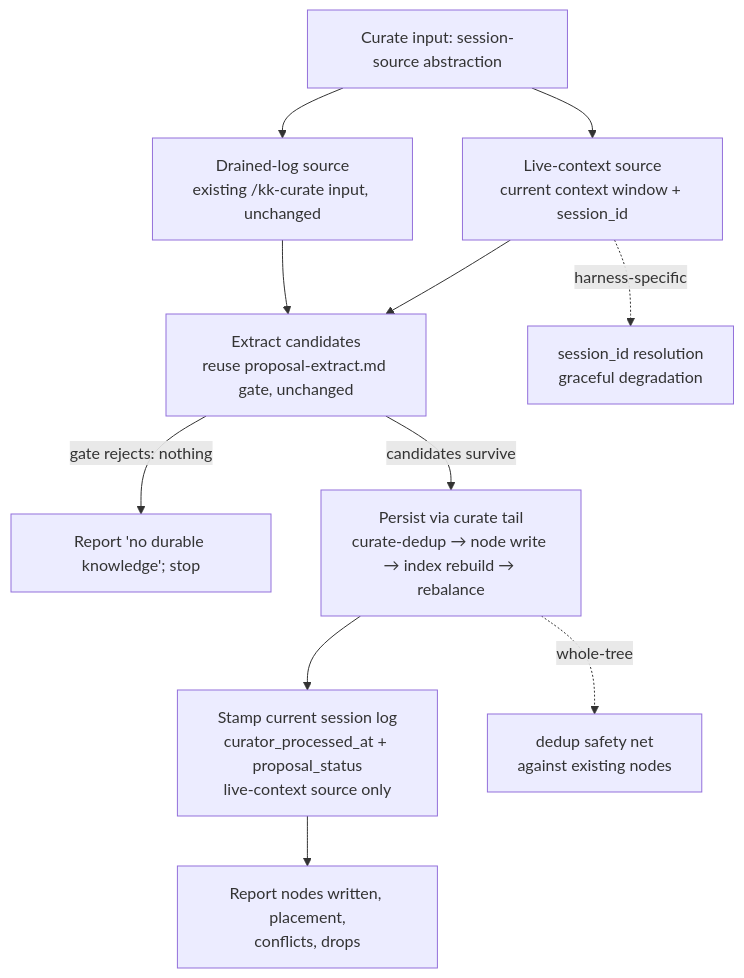
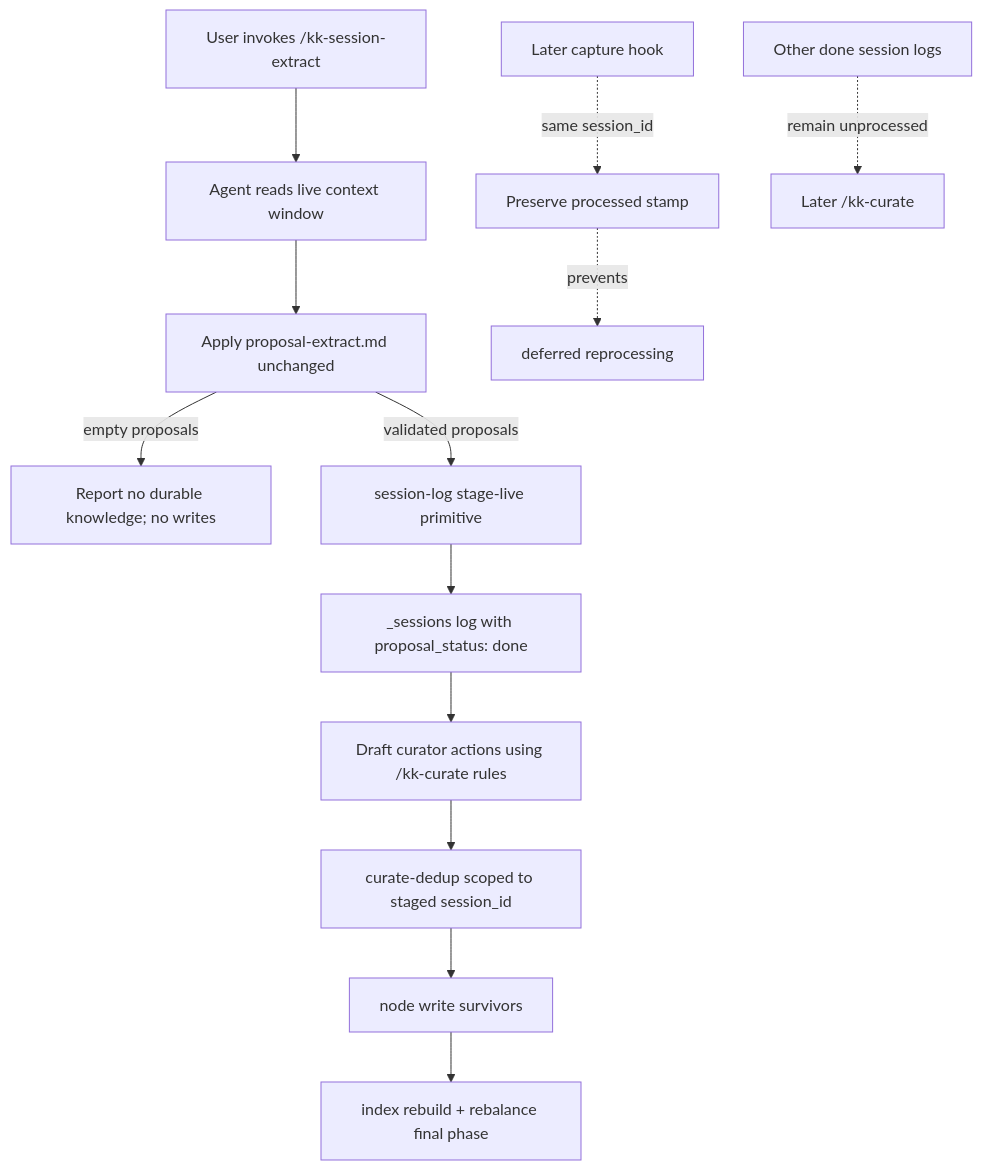
One commit to e0ipso/kenkeep changed the first of 2 diagrams in .ai/strikethroo/plans/53--session-knowledge-extraction-skill/plan-53--session-knowledge-extraction-skill.md. Above: the diagram before and after it, drawn with Mermaid. The commit also changed other lines of this file and 27 other files, not shown here.

First line of the commit message:
feat: add /kk-session-extract live knowledge extraction path

````diff
--- a/.ai/strikethroo/plans/53--session-knowledge-extraction-skill/plan-53--session-knowledge-extraction-skill.md
+++ b/.ai/strikethroo/plans/53--session-knowledge-extraction-skill/plan-53--session-knowledge-extraction-skill.md
@@ -63,13 +61,15 @@
 ```mermaid
 flowchart TD
-    S[Curate input: session-source abstraction] --> A1[Drained-log source<br/>existing /kk-curate input, unchanged]
-    S --> A2[Live-context source<br/>current context window + session_id]
-    A1 --> B[Extract candidates<br/>reuse proposal-extract.md gate, unchanged]
-    A2 --> B
-    B -->|gate rejects: nothing| Z[Report 'no durable knowledge'; stop]
-    B -->|candidates survive| C[Persist via curate tail<br/>curate-dedup → node write → index rebuild → rebalance]
-    C --> D[Stamp current session log<br/>curator_processed_at + proposal_status<br/>live-context source only]
-    D --> E[Report nodes written, placement,<br/>conflicts, drops]
-    A2 -.harness-specific.-> F[session_id resolution<br/>graceful degradation]
-    C -.whole-tree.-> G[dedup safety net<br/>against existing nodes]
+    A[User invokes /kk-session-extract] --> B[Agent reads live context window]
+    B --> C[Apply proposal-extract.md unchanged]
+    C -->|empty proposals| Z[Report no durable knowledge; no writes]
+    C -->|validated proposals| D[session-log stage-live primitive]
+    D --> E[_sessions log with proposal_status: done]
+    E --> F[Draft curator actions using /kk-curate rules]
+    F --> G[curate-dedup scoped to staged session_id]
+    G --> H[node write survivors]
+    H --> I[index rebuild + rebalance final phase]
+    J[Later capture hook] -.same session_id.-> K[Preserve processed stamp]
+    K -.prevents.-> L[deferred reprocessing]
+    M[Other done session logs] -.remain unprocessed.-> N[Later /kk-curate]
 ```
````
